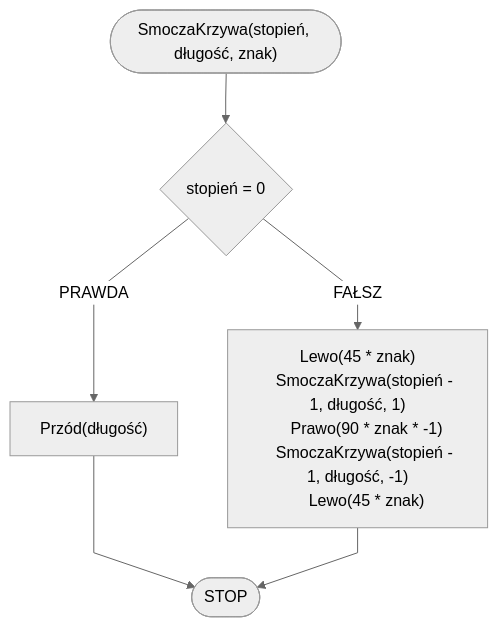
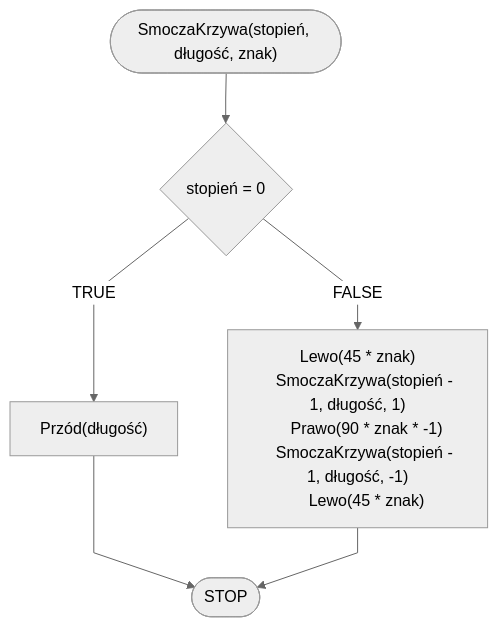
Before and after one commit to blackbat13/edu-cs-htiew-en: the diagram in docs/algorithms/fractals/dragon-curve.md, drawn with Mermaid. The commit also changed other lines of this file and 682 other files, not shown here.

````diff
--- a/docs/algorithms/fractals/dragon-curve.md
+++ b/docs/algorithms/fractals/dragon-curve.md
@@ -31,13 +31,13 @@
 ```mermaid
 %%{init: {"flowchart": {"curve": "linear"}, "theme": "neutral"} }%%
 flowchart TD
     START(["SmoczaKrzywa(stopień, długość, znak)"]) --> K1{stopień = 0}
-    K1 -- PRAWDA --> K2["Przód(długość)"]
+    K1 -- TRUE --> K2["Przód(długość)"]
     K2 --> STOP([STOP])
-    K1 -- FAŁSZ --> K4["Lewo(45 * znak)
+    K1 -- FALSE --> K4["Lewo(45 * znak)
     SmoczaKrzywa(stopień - 1, długość, 1)
     Prawo(90 * znak * -1)
     SmoczaKrzywa(stopień - 1, długość, -1)
     Lewo(45 * znak)"]
     K4 --> STOP
 ```
````
